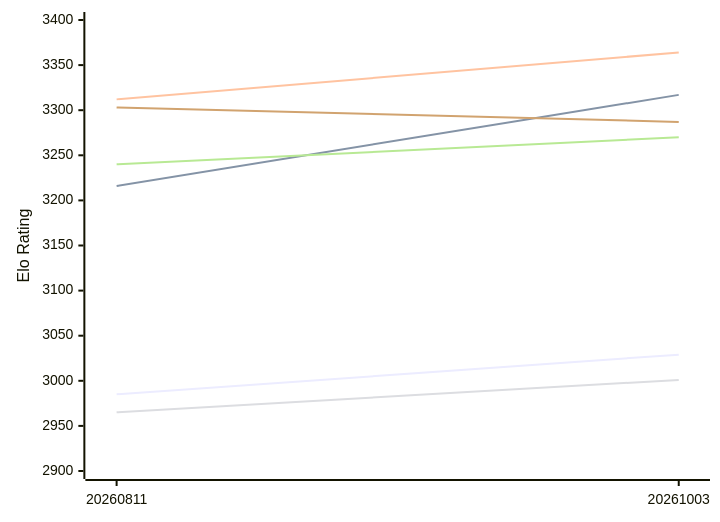
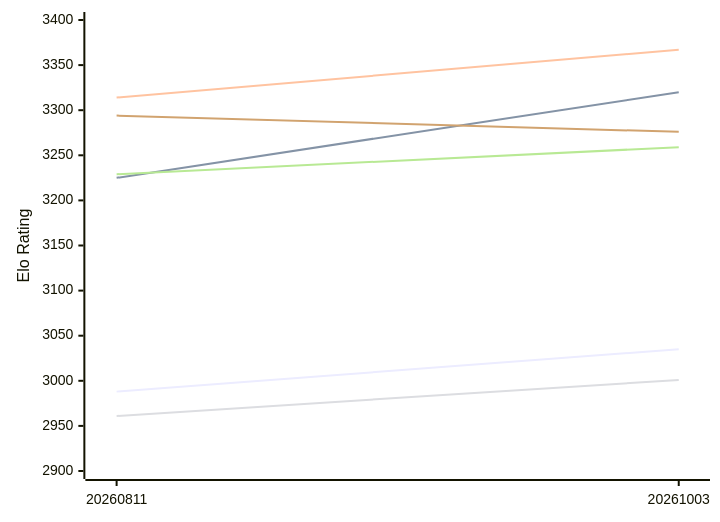
The first of 2 diagrams in engines/Askaig.md (computer-chess-index/cci), drawn with Mermaid before and after one commit. The commit also changed other lines of this file, not shown here.

Commit message:
Update CCI Ratings (ELO VLTC) - 2026-11-15

````diff
--- a/engines/Askaig.md
+++ b/engines/Askaig.md
@@ -52,12 +52,12 @@
 ```mermaid
 %%{init: {"theme":"base","themeVariables":{"seriesColors:['#a3a3a3','#222221','#faa371']}}}%%
 xychart-beta
   x-axis ["20260811", "20261003"]
   y-axis "Elo Rating" 2900 --> 3400
-  line "E1: STC (8.0+0.08s)" [2985, 3029]
-  line "E1: LTC (60.0+0.60s)" [3216, 3317]
-  line "E1: VLTC (2m24s+1.12s)" [3312, 3364]
-  line "P1: STC (8.0+0.08s)" [2965, 3001]
-  line "P1: LTC (60.0+0.60s)" [3240, 3270]
-  line "P1: VLTC (2m24s+1.12s)" [3303, 3287]
+  line "E1: STC (8.0+0.08s)" [2988, 3035]
+  line "E1: LTC (60.0+0.60s)" [3225, 3320]
+  line "E1: VLTC (2m24s+1.12s)" [3314, 3367]
+  line "P1: STC (8.0+0.08s)" [2961, 3001]
+  line "P1: LTC (60.0+0.60s)" [3229, 3259]
+  line "P1: VLTC (2m24s+1.12s)" [3294, 3276]
 ```
````
